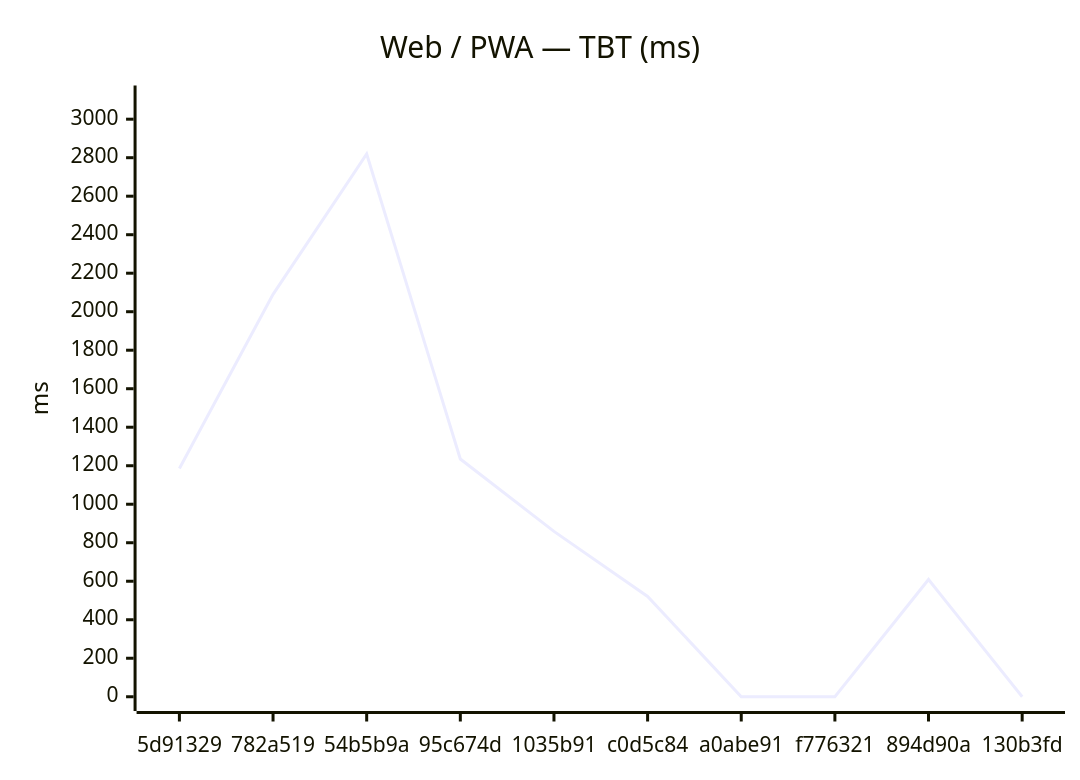
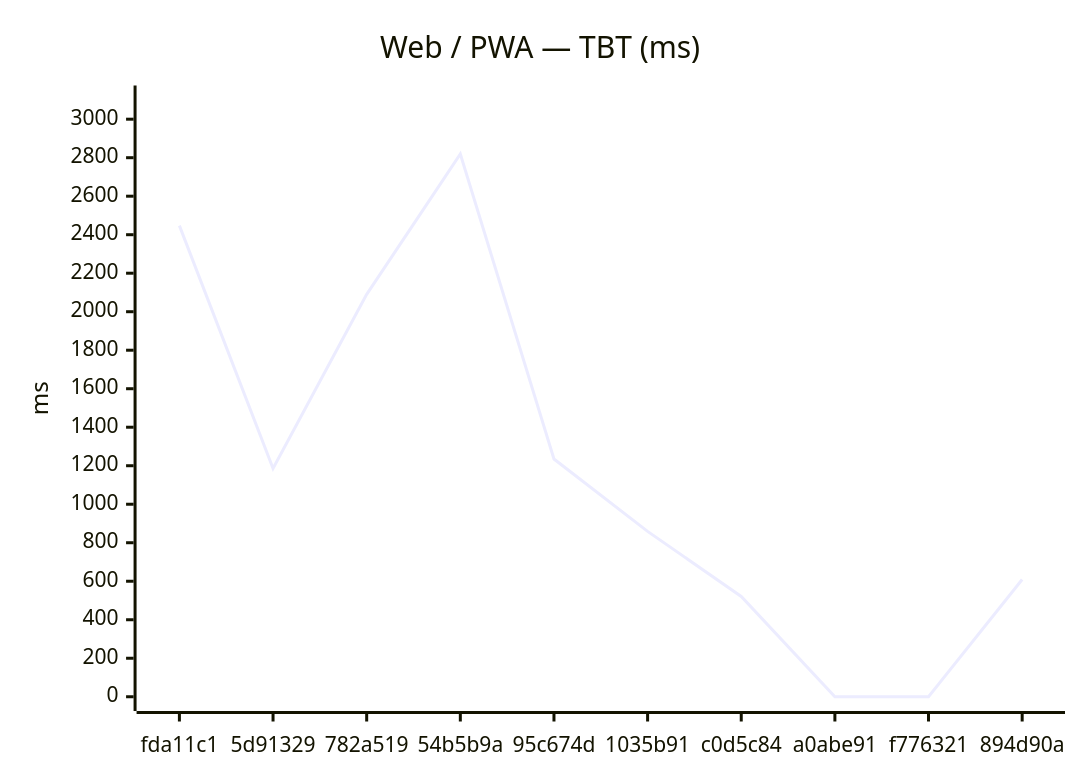
Before and after one commit to Metaheurist/Rianell: the second of 18 diagrams in benchmarks/compare.md, drawn with Mermaid. The commit also changed other lines of this file and 11 other files, not shown here.

````diff
--- a/benchmarks/compare.md
+++ b/benchmarks/compare.md
@@ -31,7 +31,7 @@
 ```mermaid
 xychart-beta
     title "Web / PWA — TBT (ms)"
-    x-axis ["5d91329", "782a519", "54b5b9a", "95c674d", "1035b91", "c0d5c84", "a0abe91", "f776321", "894d90a", "130b3fd"]
+    x-axis ["fda11c1", "5d91329", "782a519", "54b5b9a", "95c674d", "1035b91", "c0d5c84", "a0abe91", "f776321", "894d90a"]
     y-axis "ms" 0 --> 3101
-    line [1186, 2090, 2819, 1235, 859, 521, 0, 0, 609, 0]
+    line [2447, 1186, 2090, 2819, 1235, 859, 521, 0, 0, 609]
 ```
````
